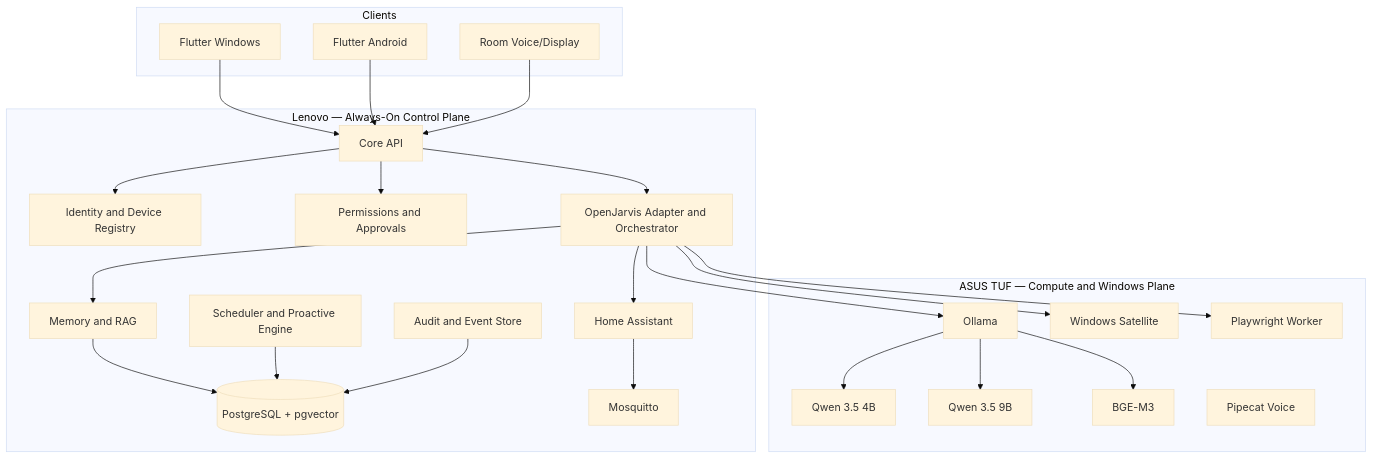
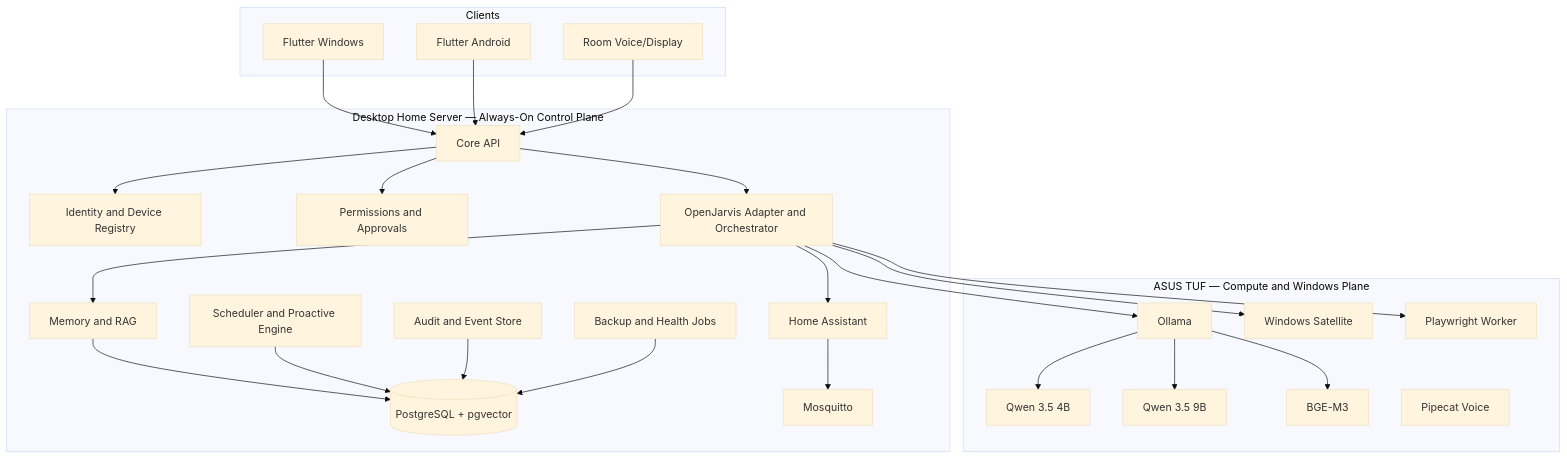
Before and after one commit to MahmoudNagiubX/BMO-Personal-AI-OS: the diagram in docs/MASTER_PLAN.md, drawn with Mermaid (base theme). The commit also changed other lines of this file, not shown here.

Commit message:
docs(phase-04): replace Lenovo in master architecture

````diff
--- a/docs/MASTER_PLAN.md
+++ b/docs/MASTER_PLAN.md
@@ -292,50 +341,52 @@
 ```mermaid
 flowchart TB
   subgraph Clients
     WIN[Flutter Windows]
     AND[Flutter Android]
     ROOM[Room Voice/Display]
   end
 
-  subgraph Lenovo[Lenovo — Always-On Control Plane]
+  subgraph SERVER[Desktop Home Server — Always-On Control Plane]
     API[Core API]
     ID[Identity and Device Registry]
     PERM[Permissions and Approvals]
     ORCH[OpenJarvis Adapter and Orchestrator]
     MEM[Memory and RAG]
     SCH[Scheduler and Proactive Engine]
     AUD[Audit and Event Store]
     PG[(PostgreSQL + pgvector)]
     HA[Home Assistant]
     MQTT[Mosquitto]
+    BACKUP[Backup and Health Jobs]
   end
 
   subgraph TUF[ASUS TUF — Compute and Windows Plane]
     OLL[Ollama]
     Q4[Qwen 3.5 4B]
     Q9[Qwen 3.5 9B]
     EMB[BGE-M3]
     VOICE[Pipecat Voice]
     WINAG[Windows Satellite]
     WEB[Playwright Worker]
   end
 
   WIN --> API
   AND --> API
   ROOM --> API
   API --> ID
   API --> PERM
   API --> ORCH
   ORCH --> MEM
   MEM --> PG
   SCH --> PG
   AUD --> PG
+  BACKUP --> PG
   ORCH --> OLL
   OLL --> Q4
   OLL --> Q9
   OLL --> EMB
   ORCH --> WINAG
   ORCH --> WEB
   ORCH --> HA
   HA --> MQTT
 ```
````
